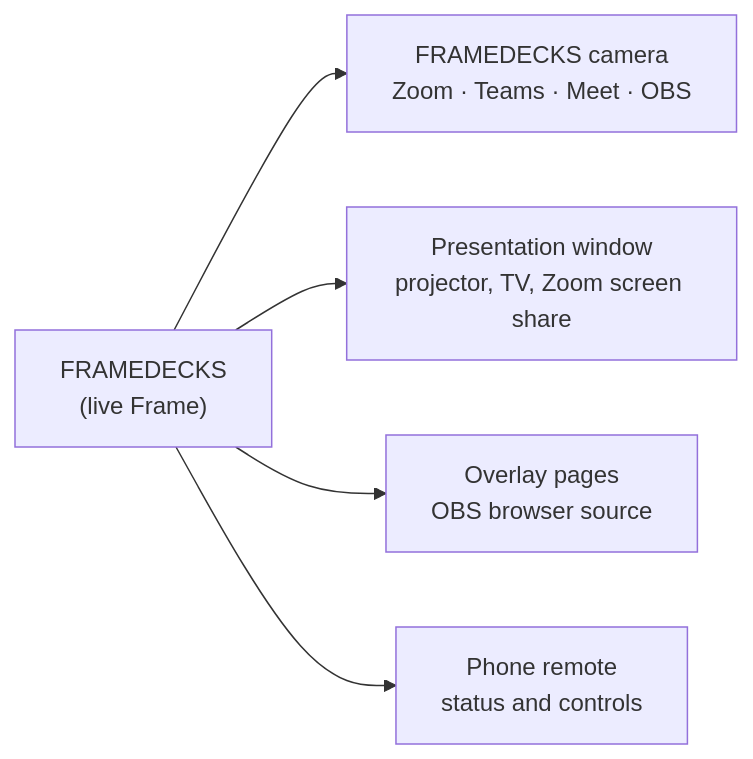
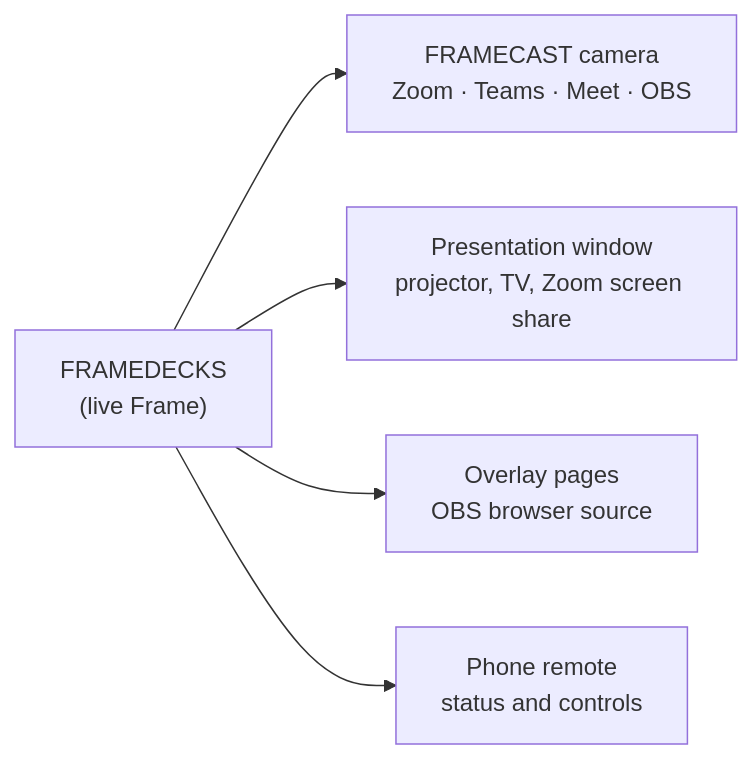
Before and after one commit to mshobin/FrameDecks: the diagram in docs/presentations.md, drawn with Mermaid. The commit also changed other lines of this file and 54 other files, not shown here.

First line of the commit message:
Camera named FRAMECAST; release notes build fixed and rewritten

````diff
--- a/docs/presentations.md
+++ b/docs/presentations.md
@@ -30,7 +30,7 @@
 ```mermaid
 flowchart LR
-  K["FRAMEDECKS<br/>(live Frame)"] --> CAM["FRAMEDECKS camera<br/>Zoom · Teams · Meet · OBS"]
+  K["FRAMEDECKS<br/>(live Frame)"] --> CAM["FRAMECAST camera<br/>Zoom · Teams · Meet · OBS"]
   K --> PW["Presentation window<br/>projector, TV, Zoom screen share"]
   K --> OV["Overlay pages<br/>OBS browser source"]
   K --> PH["Phone remote<br/>status and controls"]
 ```
````
